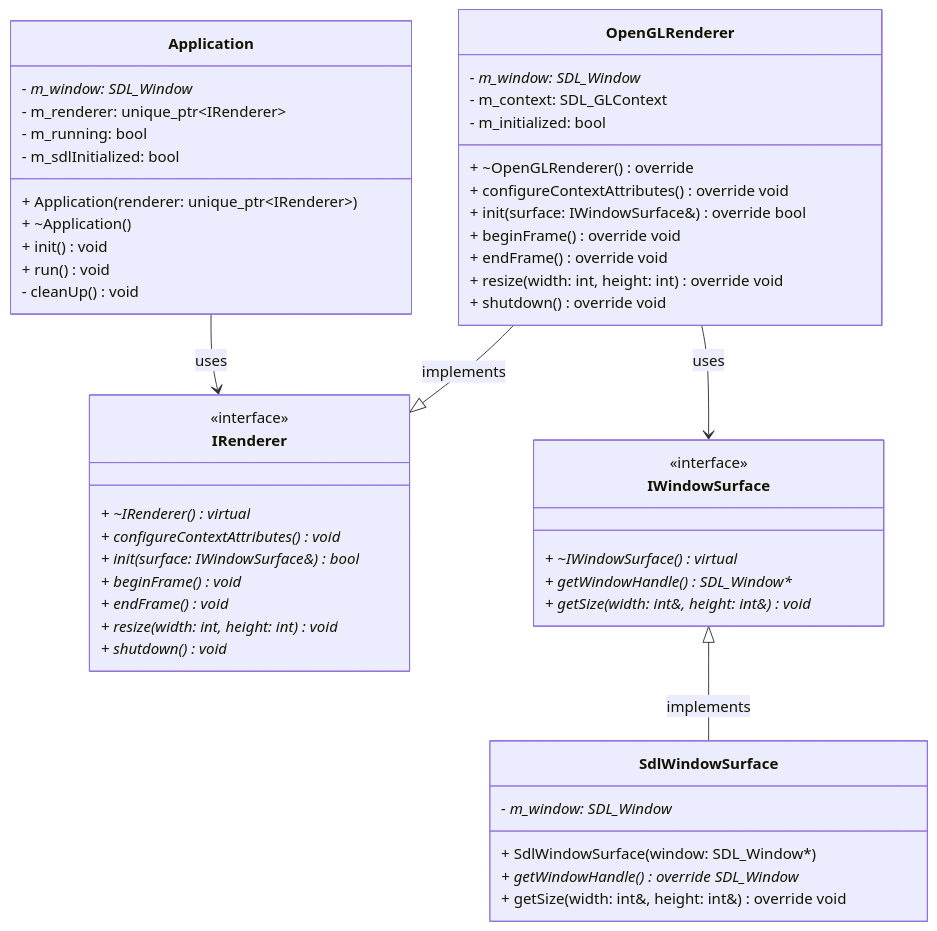
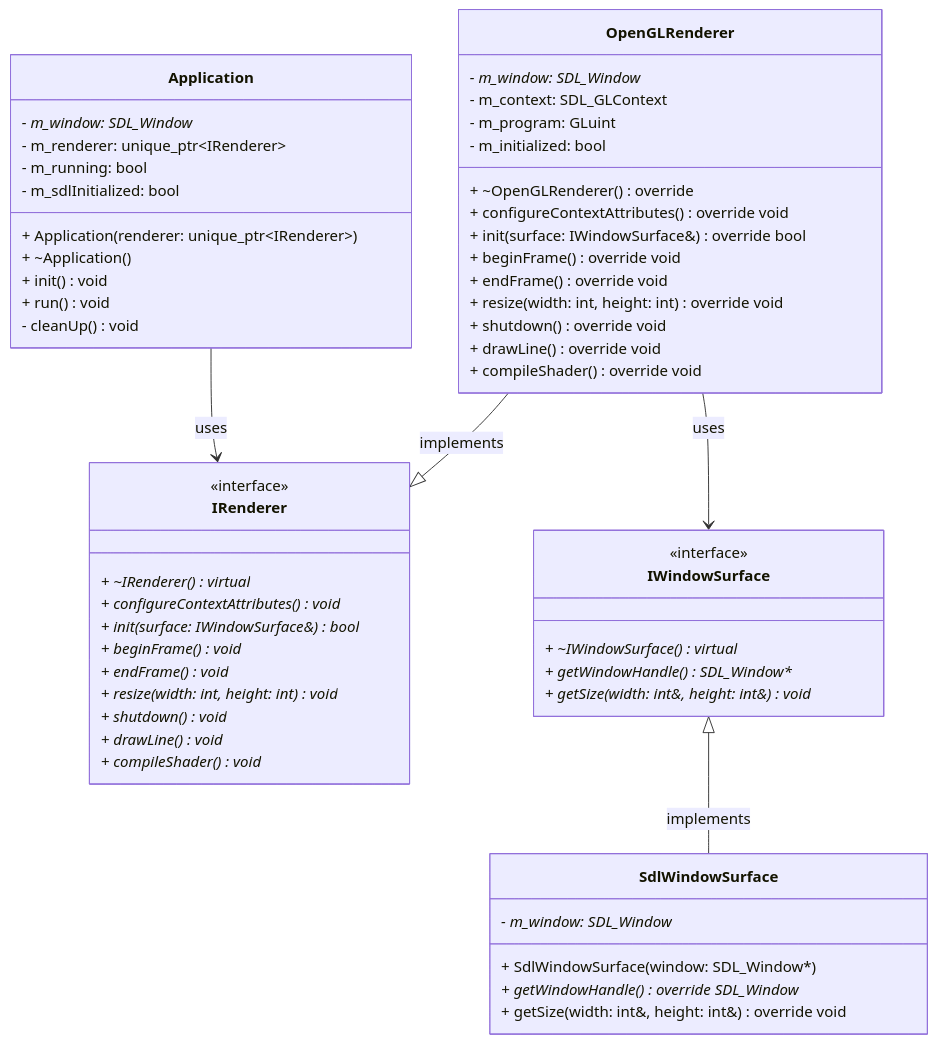
The diagram in README.md (Herazael/2D-Engine-Backend), drawn with Mermaid before and after one commit. The commit also changed other lines of this file, not shown here.

````diff
--- a/README.md
+++ b/README.md
@@ -105,57 +108,62 @@
 ```mermaid
 classDiagram
     class Application {
         - m_window: SDL_Window*
         - m_renderer: unique_ptr~IRenderer~
         - m_running: bool
         - m_sdlInitialized: bool
         + Application(renderer: unique_ptr~IRenderer~)
         + ~Application()
         + init() void
         + run() void
         - cleanUp() void
     }
 
     class IRenderer {
         <<interface>>
         + ~IRenderer()* virtual
         + configureContextAttributes()* void
         + init(surface: IWindowSurface&)* bool
         + beginFrame()* void
         + endFrame()* void
         + resize(width: int, height: int)* void
         + shutdown()* void
+        + drawLine()* void
+        + compileShader()* void
     }
 
     class OpenGLRenderer {
         - m_window: SDL_Window*
         - m_context: SDL_GLContext
+        - m_program: GLuint
         - m_initialized: bool
         + ~OpenGLRenderer() override
         + configureContextAttributes() override void
         + init(surface: IWindowSurface&) override bool
         + beginFrame() override void
         + endFrame() override void
         + resize(width: int, height: int) override void
         + shutdown() override void
+        + drawLine() override void
+        + compileShader() override void
     }
 
     class IWindowSurface {
         <<interface>>
         + ~IWindowSurface()* virtual
         + getWindowHandle()* SDL_Window*
         + getSize(width: int&, height: int&)* void
     }
 
     class SdlWindowSurface {
         - m_window: SDL_Window*
         + SdlWindowSurface(window: SDL_Window*)
         + getWindowHandle() override SDL_Window*
         + getSize(width: int&, height: int&) override void
     }
 
     Application --> IRenderer : uses
     OpenGLRenderer --|> IRenderer : implements
     IWindowSurface <|-- SdlWindowSurface : implements
     OpenGLRenderer --> IWindowSurface : uses
 ```
````
